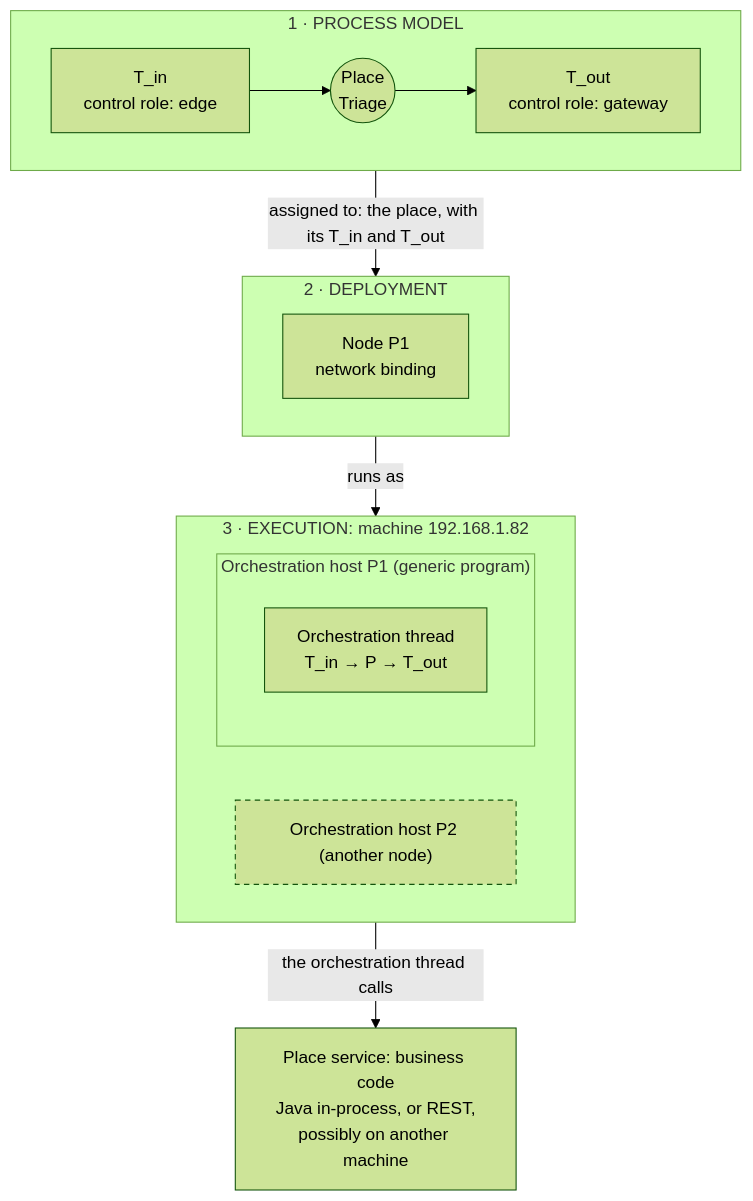
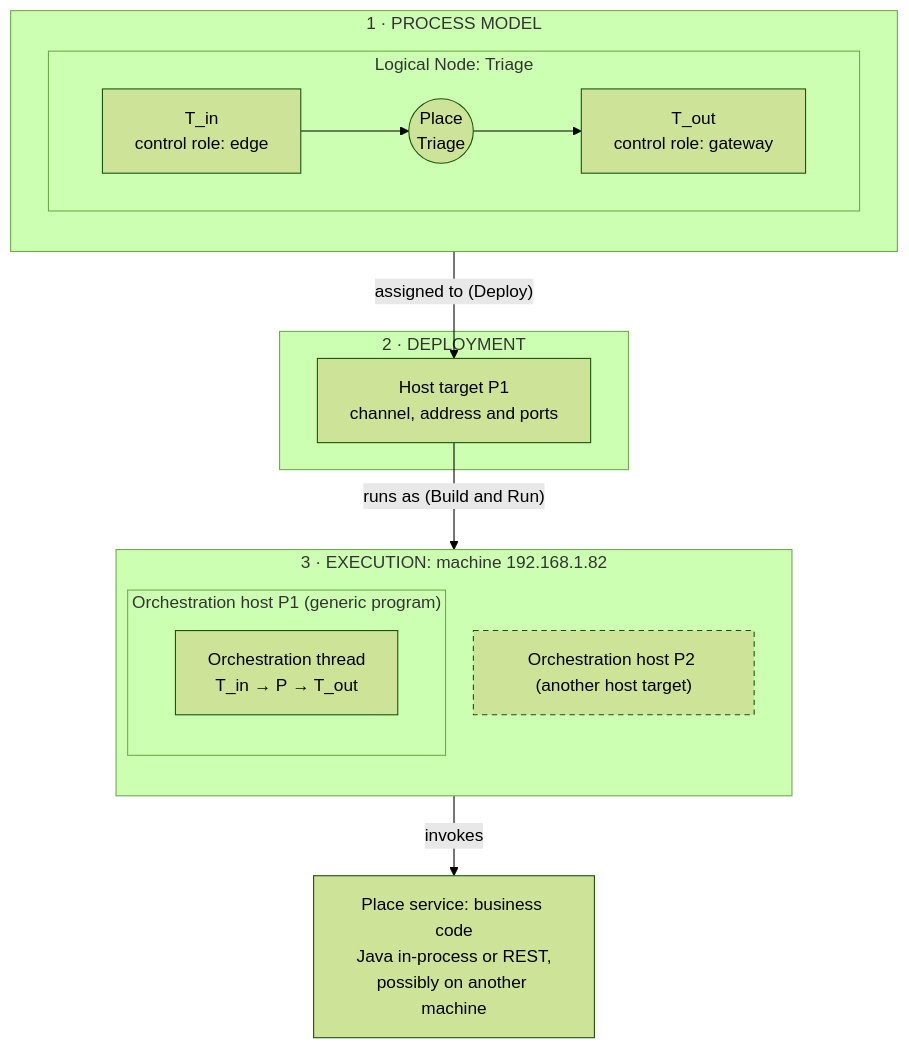
The first of 5 diagrams in Architecture.md (AlexanderAdelAU/Rule-Propagated-Service-Orchestration), drawn with Mermaid (forest theme) before and after one commit. The commit also changed other lines of this file, not shown here.

Commit message:
Align architecture terms: logical Petri-net Nodes and deployed host targets

````diff
--- a/Architecture.md
+++ b/Architecture.md
@@ -14,22 +21,25 @@
 ```mermaid
 flowchart TB
     subgraph MODEL["1 · PROCESS MODEL"]
-        direction LR
-        TIN["T_in<br/>control role: edge"] --> PL(("Place<br/>Triage")) --> TOUT["T_out<br/>control role: gateway"]
+        direction TB
+        subgraph LOGICAL["Logical Node: Triage"]
+            direction LR
+            TIN["T_in<br/>control role: edge"] --> PL(("Place<br/>Triage")) --> TOUT["T_out<br/>control role: gateway"]
+        end
     end
     subgraph DEPLOY["2 · DEPLOYMENT"]
-        N["Node P1<br/>network binding"]
+        TARGET["Host target P1<br/>channel, address and ports"]
     end
     subgraph MACHINE["3 · EXECUTION: machine 192.168.1.82"]
-        direction LR
+        direction TB
         subgraph HOST["Orchestration host P1 (generic program)"]
             OT["Orchestration thread<br/>T_in → P → T_out"]
         end
-        H2["Orchestration host P2 (another node)"]
+        H2["Orchestration host P2 (another host target)"]
     end
-    PS["Place service: business code<br/>Java in-process, or REST,<br/>possibly on another machine"]
-    MODEL -- "assigned to: the place, with its T_in and T_out" --> DEPLOY
-    DEPLOY -- "runs as" --> MACHINE
-    MACHINE -- "the orchestration thread calls" --> PS
+    PS["Place service: business code<br/>Java in-process or REST,<br/>possibly on another machine"]
+    LOGICAL -- "assigned to (Deploy)" --> TARGET
+    TARGET -- "runs as (Build and Run)" --> HOST
+    OT -- "invokes" --> PS
     style H2 stroke-dasharray: 5 4
 ```
````
